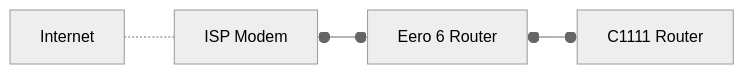
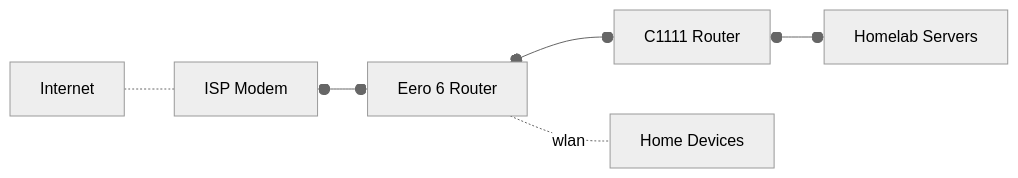
One commit to serpro69/ktchn8s changed the first of 2 diagrams in docs/reference/architecture/decision-records.md. Above: the diagram before and after it, drawn with Mermaid (neutral theme). The commit also changed other lines of this file, not shown here.

````diff
--- a/docs/reference/architecture/decision-records.md
+++ b/docs/reference/architecture/decision-records.md
@@ -49,4 +50,6 @@
 ```mermaid
 flowchart LR
-    I[Internet] -.- A[ISP Modem] o--o B[Eero 6 Router] o--o C[C1111 Router]
+    I[Internet] -.- M[ISP Modem] o--o E[Eero 6 Router] o--o C[C1111 Router]
+    E -.- |wlan| D[Home Devices]
+    C o--o H[Homelab Servers]
 ```
````
